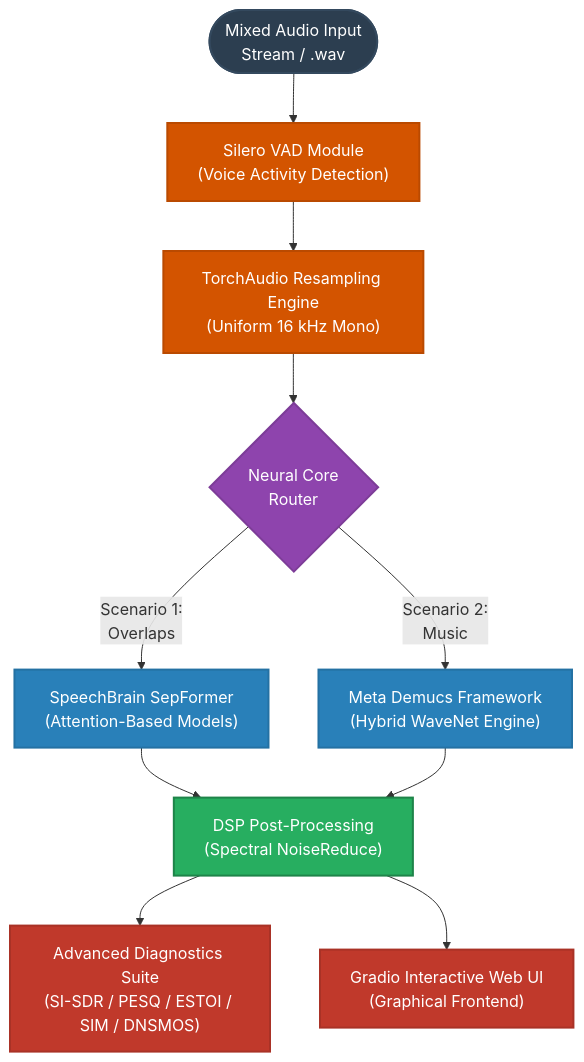
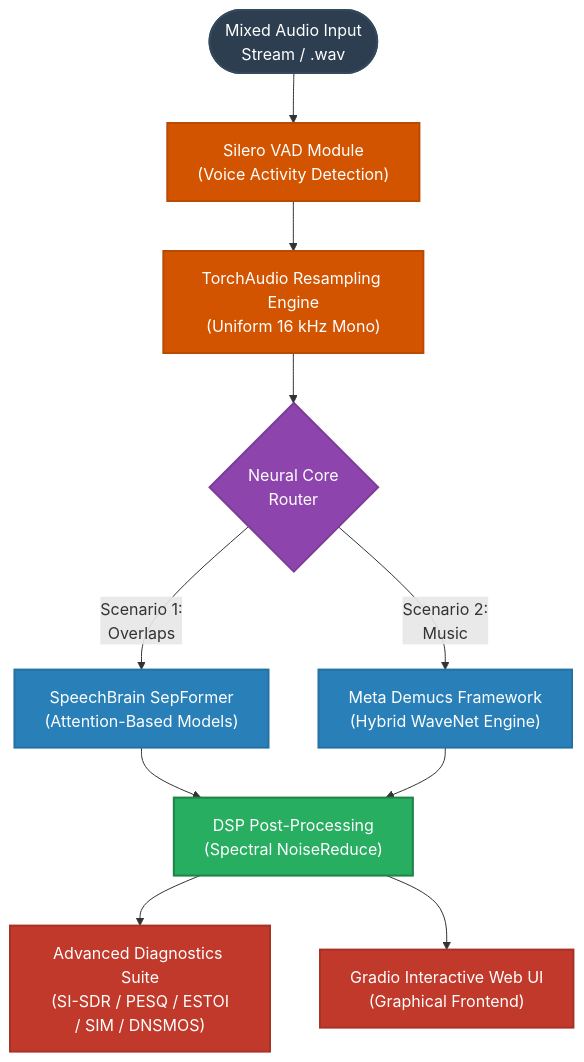
One commit to gavmada26/overlapped-speech-separation changed the diagram in README.md. Above: the diagram before and after it, drawn with Mermaid.

````diff
--- a/README.md
+++ b/README.md
@@ -26,27 +26,28 @@
 ```mermaid
 graph TD
     %% Define Node Colors and Styles
     classDef inputNode fill:#2c3e50,stroke:#34495e,stroke-width:2px,color:#fff;
     classDef preprocNode fill:#d35400,stroke:#ba4a00,stroke-width:2px,color:#fff;
     classDef routerNode fill:#8e44ad,stroke:#7d3c98,stroke-width:2px,color:#fff;
     classDef modelNode fill:#2980b9,stroke:#2471a3,stroke-width:2px,color:#fff;
     classDef dspNode fill:#27ae60,stroke:#1e8449,stroke-width:2px,color:#fff;
     classDef outputNode fill:#c0392b,stroke:#a93226,stroke-width:2px,color:#fff;
 
     %% Audio Input Layer
     Input(["Mixed Audio Input<br/>Stream / .wav"]):::inputNode --> VADNode["Silero VAD Module<br/>(Voice Activity Detection)"]:::preprocNode
     VADNode --> ResampleNode["TorchAudio Resampling Engine<br/>(Uniform 16 kHz Mono)"]:::preprocNode
     ResampleNode --> CoreSelector{"Neural Core<br/>Router"}:::routerNode
     
     %% Deep Learning Core Chains
     CoreSelector -- "Scenario 1:<br/>Overlaps" --> SepFormer["SpeechBrain SepFormer<br/>(Attention-Based Models)"]:::modelNode
     CoreSelector -- "Scenario 2:<br/>Music" --> Demucs["Meta Demucs Framework<br/>(Hybrid WaveNet Engine)"]:::modelNode
     
     %% Post-Processing Layer
     SepFormer --> DSPEnhance["DSP Post-Processing<br/>(Spectral NoiseReduce)"]:::dspNode
     Demucs --> DSPEnhance
     
     %% Targets / Analytics
-    DSPEnhance --> Metrics["Advanced Diagnostics Suite<br/>(SI-SDR / PESQ / ESTOI / SIM / DNSMOS)"]:::outputNode
+    DSPEnhance --> Metrics["Advanced Diagnostics Suite<br/>(SI-SDR / PESQ / ESTOI
+/ SIM / DNSMOS)"]:::outputNode
     DSPEnhance --> Interface["Gradio Interactive Web UI<br/>(Graphical Frontend)"]:::outputNode
 ```
````
